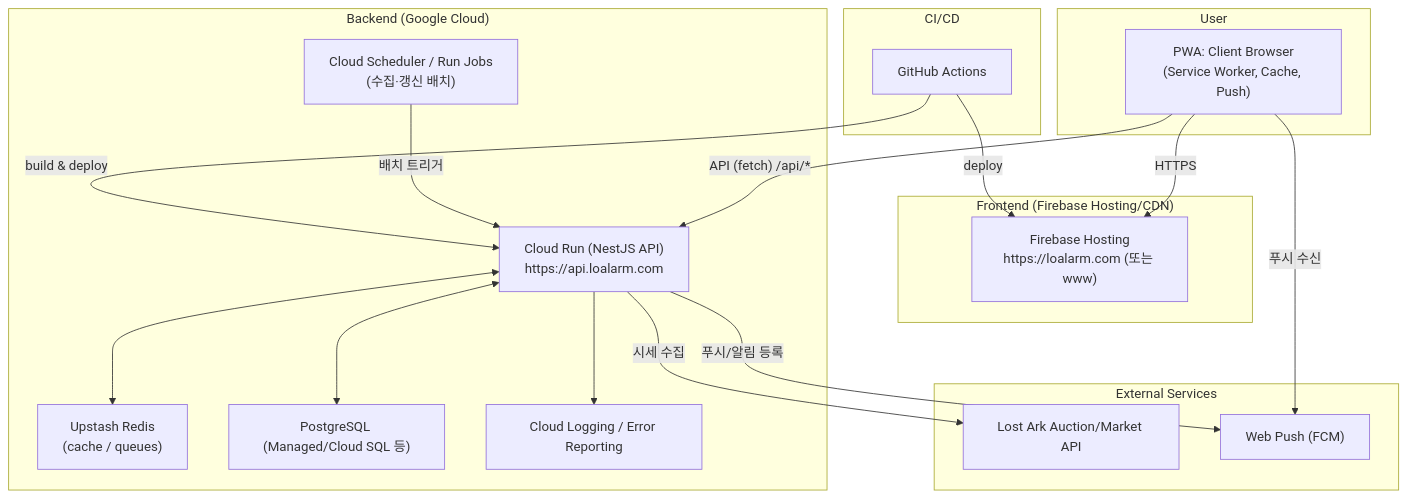
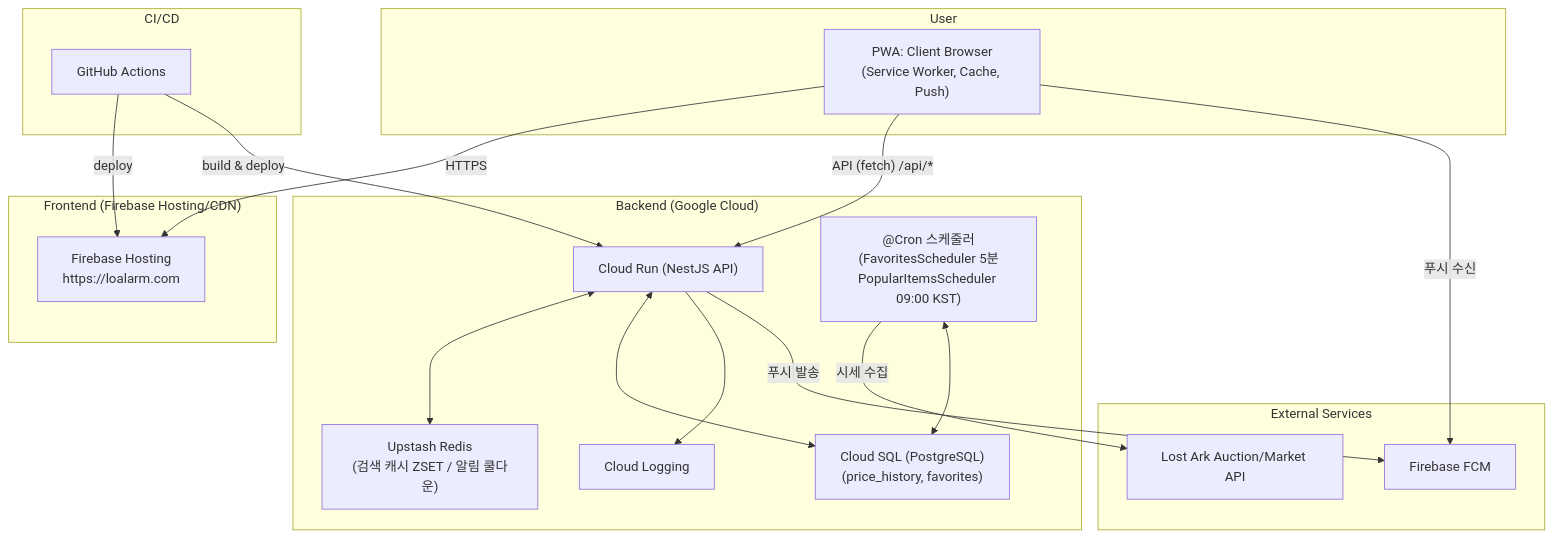
Before and after one commit to jyjww/LoaPwa: the diagram in README.md, drawn with Mermaid. The commit also changed other lines of this file and 4 other files, not shown here.

````diff
--- a/README.md
+++ b/README.md
@@ -68,53 +71,44 @@
 ```mermaid
 graph TD
   %% ───────── 사용자 영역 ─────────
   subgraph U["User"]
     BROWSER["PWA: Client Browser<br/>(Service Worker, Cache, Push)"]
   end
 
   %% ───────── 프론트엔드 (Firebase Hosting) ─────────
   subgraph FE["Frontend (Firebase Hosting/CDN)"]
-    HOSTING["Firebase Hosting<br/>https://loalarm.com (또는 www)"]
+    HOSTING["Firebase Hosting<br/>https://loalarm.com"]
   end
 
   %% ───────── 백엔드 (Cloud Run / NestJS) ─────────
   subgraph BE["Backend (Google Cloud)"]
-    CR["Cloud Run (NestJS API)<br/>https://api.loalarm.com"]
-    REDIS["Upstash Redis<br/>(cache / queues)"]
-    PG["PostgreSQL (Managed/Cloud SQL 등)"]
-    SCHED["Cloud Scheduler / Run Jobs<br/>(수집·갱신 배치)"]
-    LOG["Cloud Logging / Error Reporting"]
+    CR["Cloud Run (NestJS API)"]
+    SCHED_INT["@Cron 스케줄러<br/>(FavoritesScheduler 5분<br/>PopularItemsScheduler 09:00 KST)"]
+    REDIS["Upstash Redis<br/>(검색 캐시 ZSET / 알림 쿨다운)"]
+    PG["Cloud SQL (PostgreSQL)<br/>(price_history, favorites)"]
+    LOG["Cloud Logging"]
   end
 
   %% ───────── 외부 데이터 소스 ─────────
   subgraph EXT["External Services"]
     LOSTARK["Lost Ark Auction/Market API"]
-    FCM["Web Push (FCM)"]
+    FCM["Firebase FCM"]
   end
 
   %% ───────── CI/CD ─────────
   subgraph CI["CI/CD"]
     GH["GitHub Actions"]
   end
 
-  %% 흐름: 사용자 → 프론트
   BROWSER -->|HTTPS| HOSTING
-
-  %% 프론트 → 백엔드
   BROWSER -->|"API (fetch) /api/*"| CR
-
-  %% 백엔드 내부 의존성
   CR <--> REDIS
   CR <--> PG
   CR --> LOG
-  SCHED -->|배치 트리거| CR
-
-  %% 외부 연동
-  CR -->|시세 수집| LOSTARK
-  CR -->|푸시/알림 등록| FCM
+  SCHED_INT -->|시세 수집| LOSTARK
+  SCHED_INT <--> PG
+  CR -->|푸시 발송| FCM
   BROWSER -->|푸시 수신| FCM
-
-  %% 배포 파이프라인
   GH -->|deploy| HOSTING
   GH -->|build & deploy| CR
 ```
````
